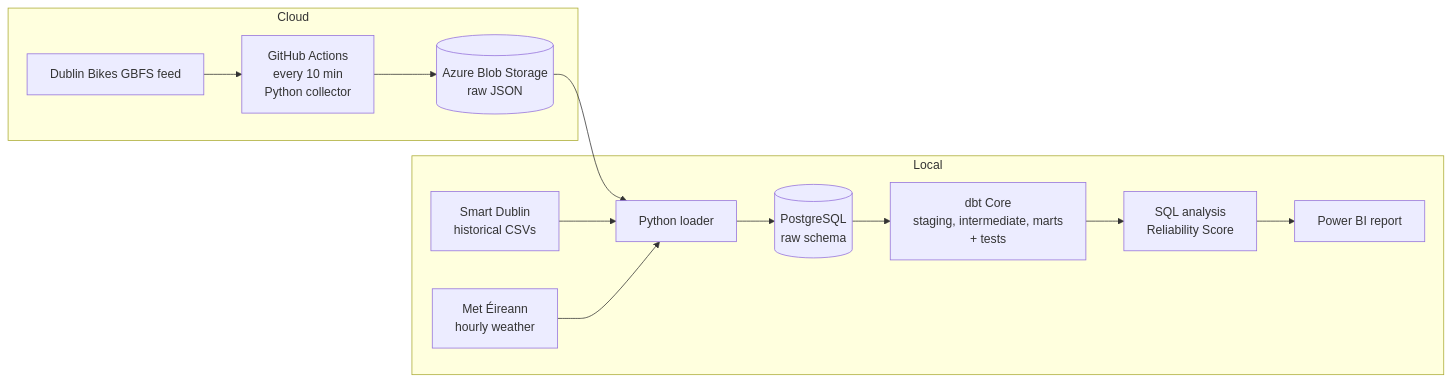
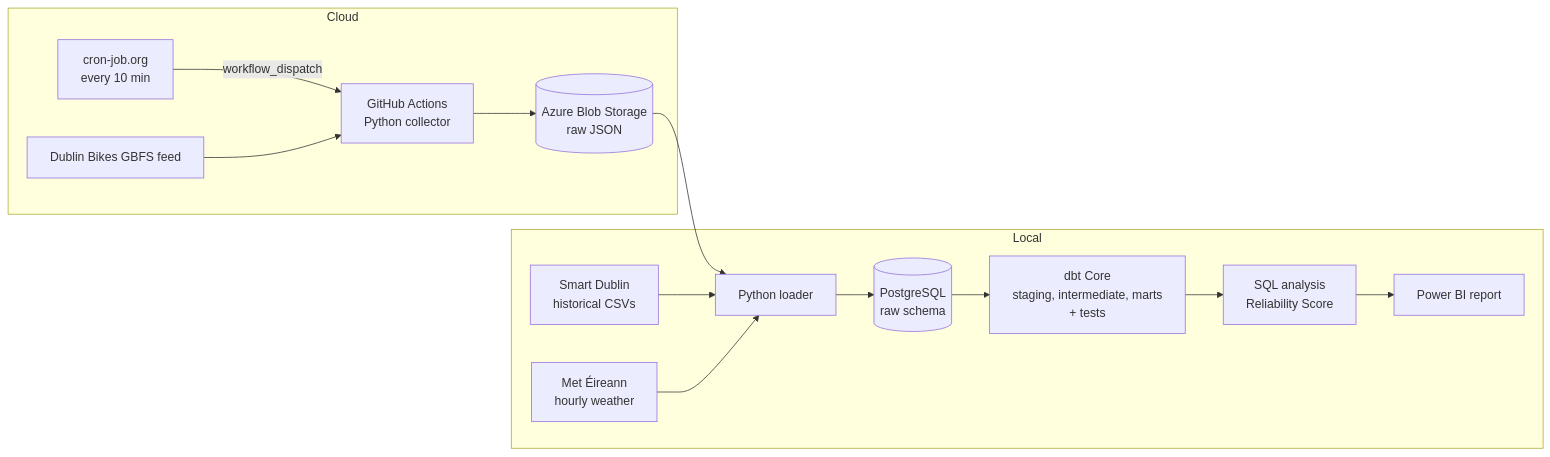
Before and after one commit to rdsayanth/dublinflow: the diagram in docs/architecture.md, drawn with Mermaid. The commit also changed other lines of this file, not shown here.

Commit message:
Document cron-job.org trigger for the collector

````diff
--- a/docs/architecture.md
+++ b/docs/architecture.md
@@ -5,16 +5,17 @@
 ```mermaid
 flowchart LR
     subgraph Cloud
-        GBFS[Dublin Bikes GBFS feed] --> GHA[GitHub Actions<br/>every 10 min<br/>Python collector]
+        CRON[cron-job.org<br/>every 10 min] -->|workflow_dispatch| GHA
+        GBFS[Dublin Bikes GBFS feed] --> GHA[GitHub Actions<br/>Python collector]
         GHA --> BLOB[(Azure Blob Storage<br/>raw JSON)]
     end
     subgraph Local
         BLOB --> LOADER[Python loader]
         HIST[Smart Dublin<br/>historical CSVs] --> LOADER
         MET[Met Éireann<br/>hourly weather] --> LOADER
         LOADER --> RAW[(PostgreSQL<br/>raw schema)]
         RAW --> DBT[dbt Core<br/>staging, intermediate, marts<br/>+ tests]
         DBT --> SQL[SQL analysis<br/>Reliability Score]
         SQL --> PBI[Power BI report]
     end
 ```
````
